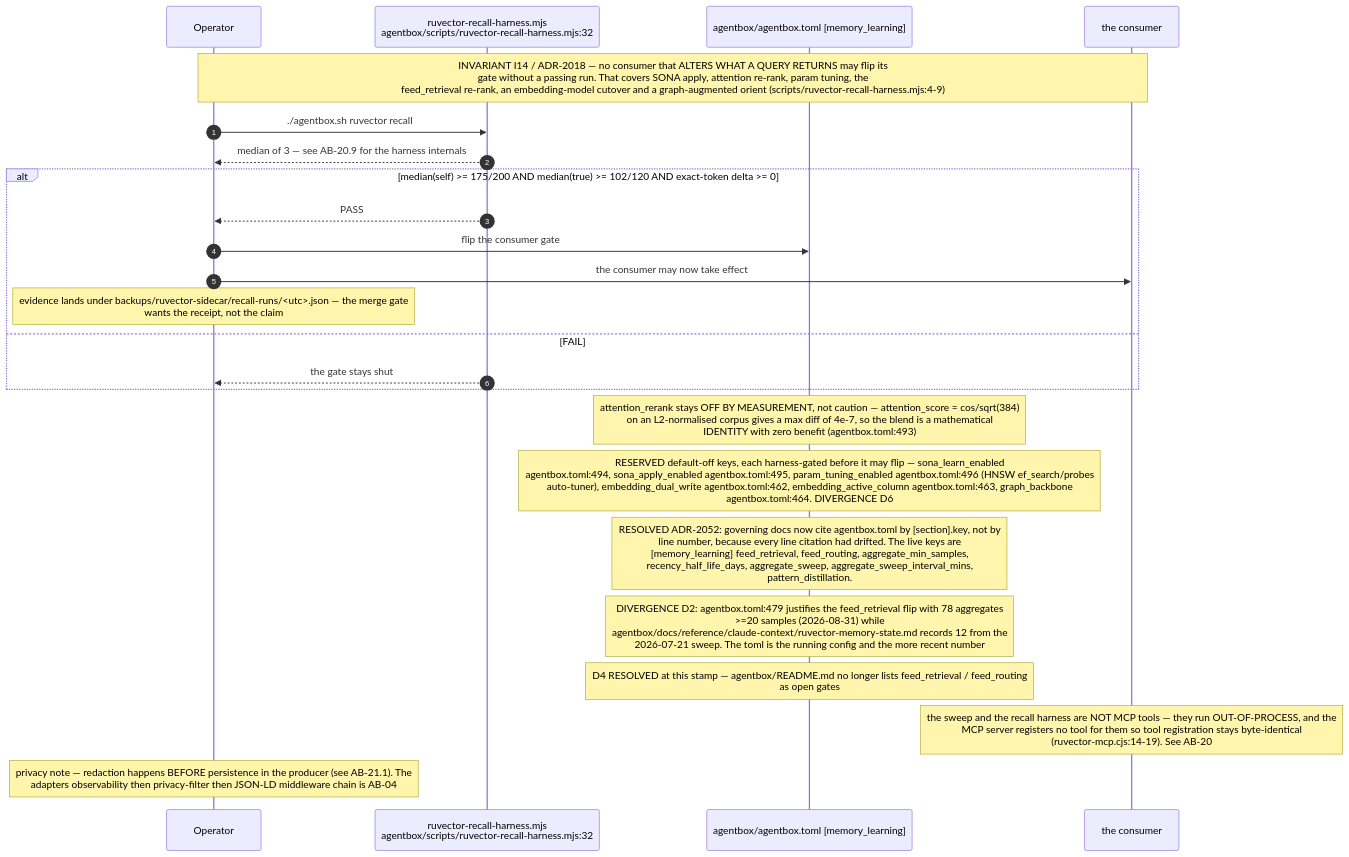
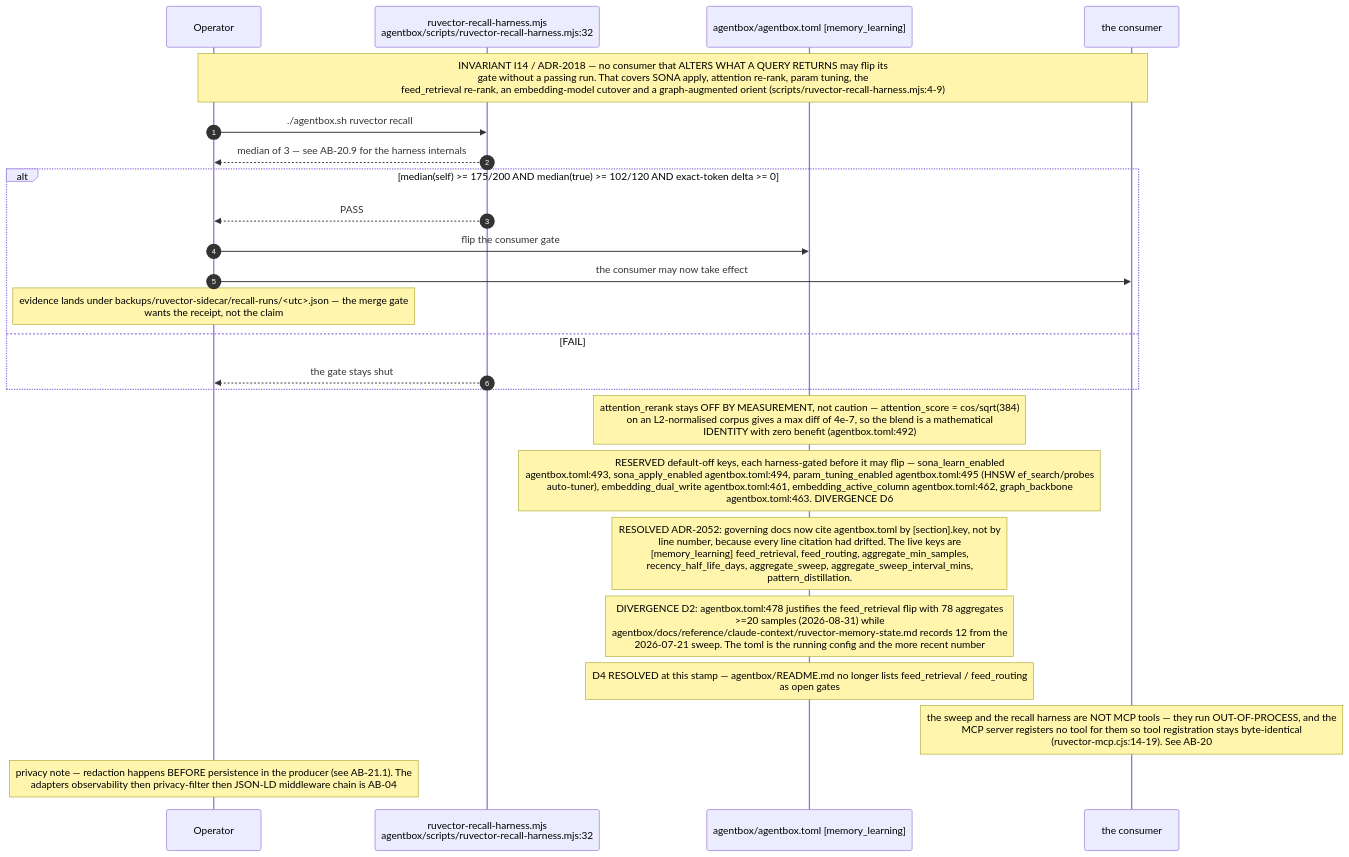
One commit to DreamLab-AI/VisionFlow changed the tenth of 10 diagrams in docs/diagrams/agentbox/21-learning-loop.md. Above: the diagram before and after it, drawn with Mermaid. The commit also changed other lines of this file and 7 other files, not shown here.

````diff
--- a/docs/diagrams/agentbox/21-learning-loop.md
+++ b/docs/diagrams/agentbox/21-learning-loop.md
@@ -484,27 +484,27 @@
 ```mermaid
 sequenceDiagram
     autonumber
     participant OP as Operator
     participant H as ruvector-recall-harness.mjs<br/>agentbox/scripts/ruvector-recall-harness.mjs:32
     participant TOML as agentbox/agentbox.toml [memory_learning]
     participant CONS as the consumer
 
     Note over OP,CONS: INVARIANT I14 / ADR-2018 — no consumer that ALTERS WHAT A QUERY RETURNS may flip its<br/>gate without a passing run. That covers SONA apply, attention re-rank, param tuning, the<br/>feed_retrieval re-rank, an embedding-model cutover and a graph-augmented orient (scripts/ruvector-recall-harness.mjs:4-9)
     OP->>H: ./agentbox.sh ruvector recall
     H-->>OP: median of 3 — see AB-20.9 for the harness internals
     alt median(self) >= 175/200 AND median(true) >= 102/120 AND exact-token delta >= 0
         H-->>OP: PASS
         OP->>TOML: flip the consumer gate
         OP->>CONS: the consumer may now take effect
         Note over OP: evidence lands under backups/ruvector-sidecar/recall-runs/<utc>.json — the merge gate<br/>wants the receipt, not the claim
     else FAIL
         H-->>OP: the gate stays shut
     end
-    Note over TOML: attention_rerank stays OFF BY MEASUREMENT, not caution — attention_score = cos/sqrt(384)<br/>on an L2-normalised corpus gives a max diff of 4e-7, so the blend is a mathematical<br/>IDENTITY with zero benefit (agentbox.toml:493)
-    Note over TOML: RESERVED default-off keys, each harness-gated before it may flip — sona_learn_enabled<br/>agentbox.toml:494, sona_apply_enabled agentbox.toml:495, param_tuning_enabled agentbox.toml:496 (HNSW ef_search/probes<br/>auto-tuner), embedding_dual_write agentbox.toml:462, embedding_active_column agentbox.toml:463, graph_backbone<br/>agentbox.toml:464. DIVERGENCE D6
+    Note over TOML: attention_rerank stays OFF BY MEASUREMENT, not caution — attention_score = cos/sqrt(384)<br/>on an L2-normalised corpus gives a max diff of 4e-7, so the blend is a mathematical<br/>IDENTITY with zero benefit (agentbox.toml:492)
+    Note over TOML: RESERVED default-off keys, each harness-gated before it may flip — sona_learn_enabled<br/>agentbox.toml:493, sona_apply_enabled agentbox.toml:494, param_tuning_enabled agentbox.toml:495 (HNSW ef_search/probes<br/>auto-tuner), embedding_dual_write agentbox.toml:461, embedding_active_column agentbox.toml:462, graph_backbone<br/>agentbox.toml:463. DIVERGENCE D6
     Note over TOML: RESOLVED ADR-2052: governing docs now cite agentbox.toml by [section].key, not by<br/>line number, because every line citation had drifted. The live keys are<br/>[memory_learning] feed_retrieval, feed_routing, aggregate_min_samples,<br/>recency_half_life_days, aggregate_sweep, aggregate_sweep_interval_mins,<br/>pattern_distillation.
-    Note over TOML: DIVERGENCE D2: agentbox.toml:479 justifies the feed_retrieval flip with 78 aggregates<br/>>=20 samples (2026-08-31) while<br/>agentbox/docs/reference/claude-context/ruvector-memory-state.md records 12 from the<br/>2026-07-21 sweep. The toml is the running config and the more recent number
+    Note over TOML: DIVERGENCE D2: agentbox.toml:478 justifies the feed_retrieval flip with 78 aggregates<br/>>=20 samples (2026-08-31) while<br/>agentbox/docs/reference/claude-context/ruvector-memory-state.md records 12 from the<br/>2026-07-21 sweep. The toml is the running config and the more recent number
     Note over TOML: D4 RESOLVED at this stamp — agentbox/README.md no longer lists feed_retrieval / feed_routing<br/>as open gates
     Note over CONS: the sweep and the recall harness are NOT MCP tools — they run OUT-OF-PROCESS, and the<br/>MCP server registers no tool for them so tool registration stays byte-identical<br/>(ruvector-mcp.cjs:14-19). See AB-20
     Note over OP: privacy note — redaction happens BEFORE persistence in the producer (see AB-21.1). The<br/>adapters observability then privacy-filter then JSON-LD middleware chain is AB-04
 ```
````
